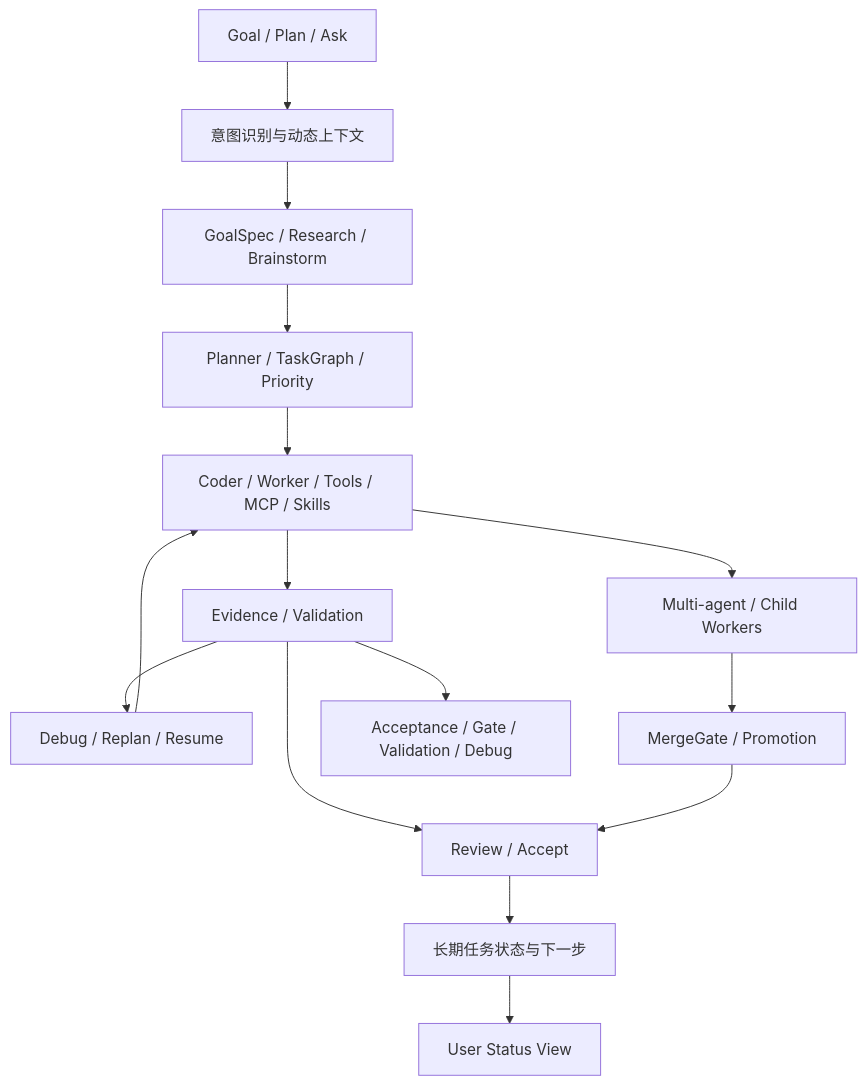
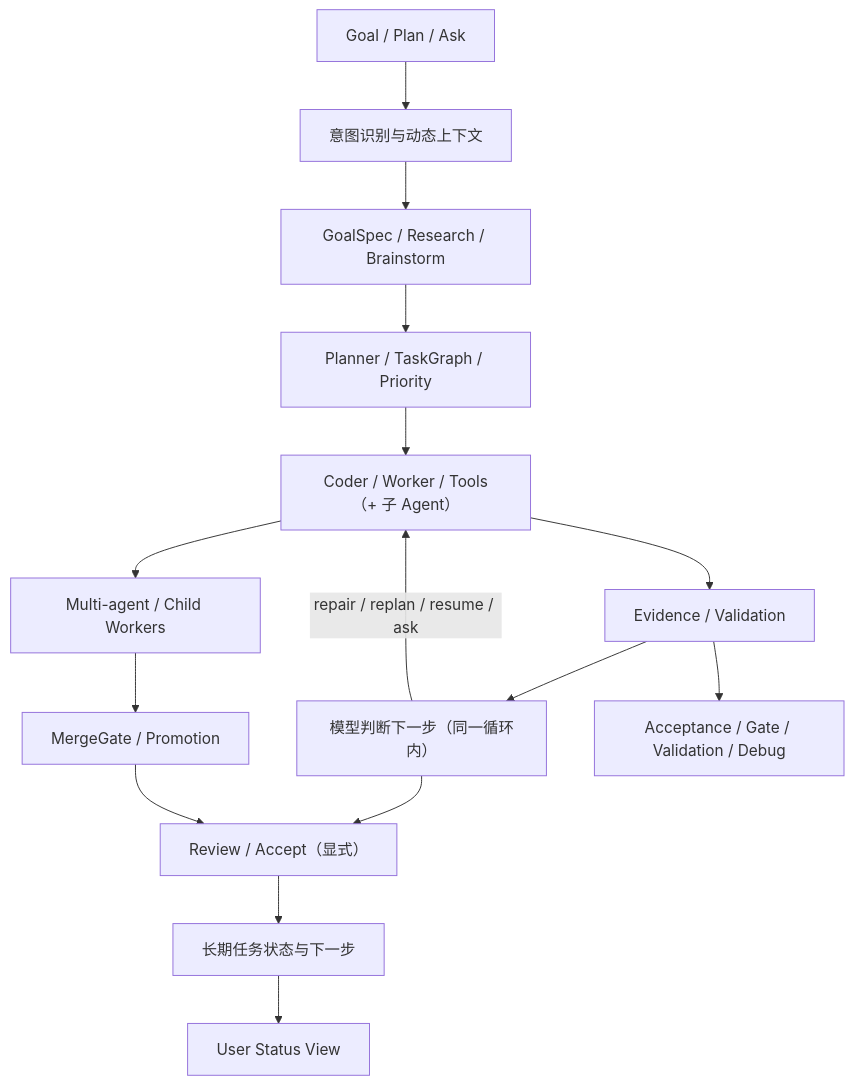
The second of 4 diagrams in docs/zh/大模型循环与动态上下文设计.md (z243802480/mult_agent_code), drawn with Mermaid before and after one commit. The commit also changed other lines of this file, not shown here.

First line of the commit message:
S74 P2-1/2/3: 大模型循环图去 auto-Gate→Repair / DebugAgent / 修正能力面

````diff
--- a/docs/zh/大模型循环与动态上下文设计.md
+++ b/docs/zh/大模型循环与动态上下文设计.md
@@ -157,19 +156,19 @@
 ```mermaid
 flowchart TD
     UI["Goal / Plan / Ask"] --> Intent["意图识别与动态上下文"]
     Intent --> Spec["GoalSpec / Research / Brainstorm"]
     Spec --> Plan["Planner / TaskGraph / Priority"]
-    Plan --> Exec["Coder / Worker / Tools / MCP / Skills"]
+    Plan --> Exec["Coder / Worker / Tools（+ 子 Agent）"]
     Exec --> Evidence["Evidence / Validation"]
-    Evidence --> Review["Review / Accept"]
-    Evidence --> Repair["Debug / Replan / Resume"]
-    Repair --> Exec
+    Evidence --> Next["模型判断下一步（同一循环内）"]
+    Next -->|repair / replan / resume / ask| Exec
+    Next --> Review["Review / Accept（显式）"]
     Review --> Memory["长期任务状态与下一步"]
 
     Exec --> Multi["Multi-agent / Child Workers"]
     Multi --> Merge["MergeGate / Promotion"]
     Merge --> Review
 
     Memory --> Status["User Status View"]
     Evidence --> Ops["Acceptance / Gate / Validation / Debug"]
 ```
````
